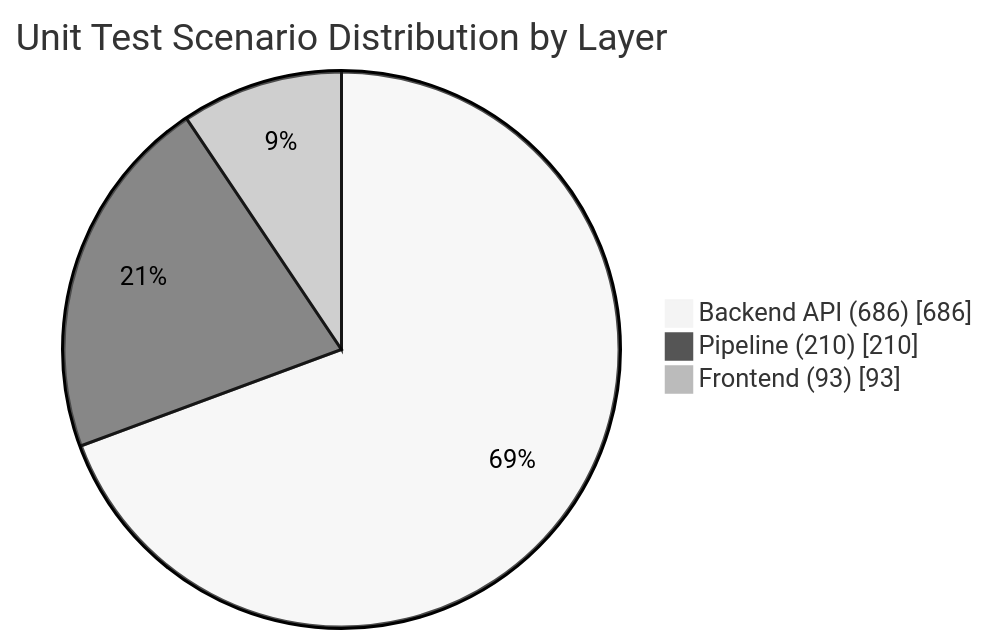
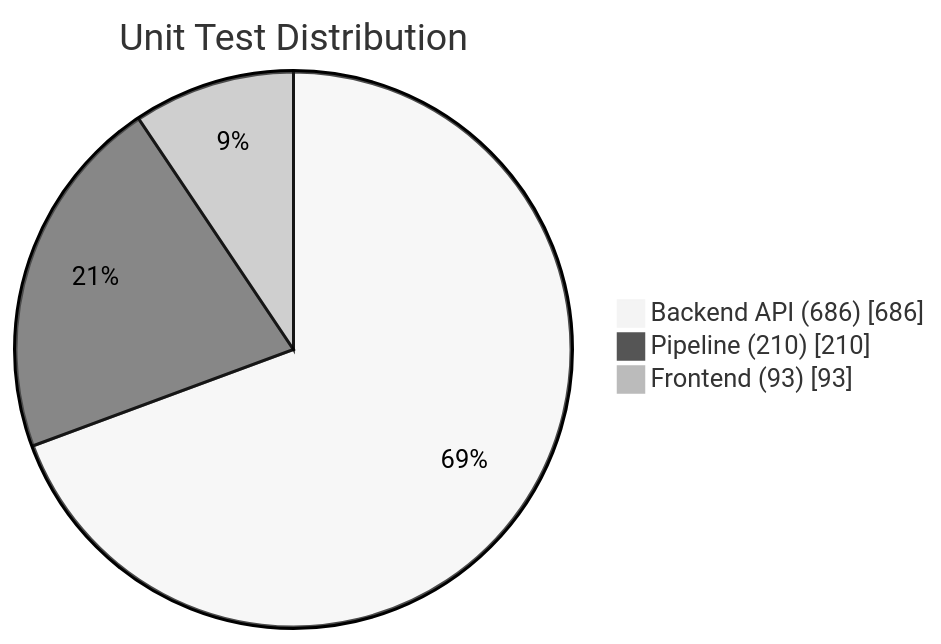
One commit to abedhossainn/PlantIQ changed the eighth of 14 diagrams in docs/capstone/Final_Report.md. Above: the diagram before and after it, drawn with Mermaid (neutral theme). The commit also changed other lines of this file and 10 other files, not shown here.

````diff
--- a/docs/capstone/Final_Report.md
+++ b/docs/capstone/Final_Report.md
@@ -1161,7 +1194,7 @@
 ```mermaid
 pie showData
-   title Unit Test Scenario Distribution by Layer
+   title Unit Test Distribution
    "Backend API (686)" : 686
    "Pipeline (210)" : 210
    "Frontend (93)" : 93
 ```
````
